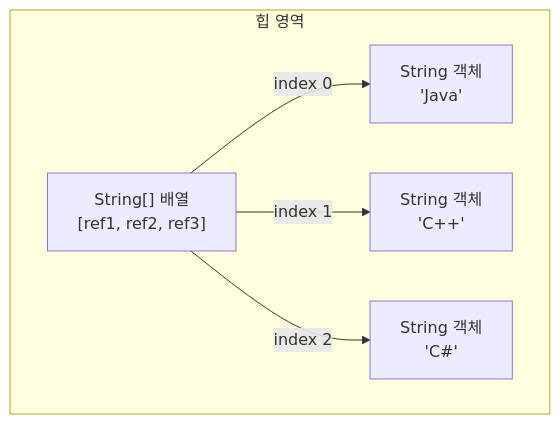
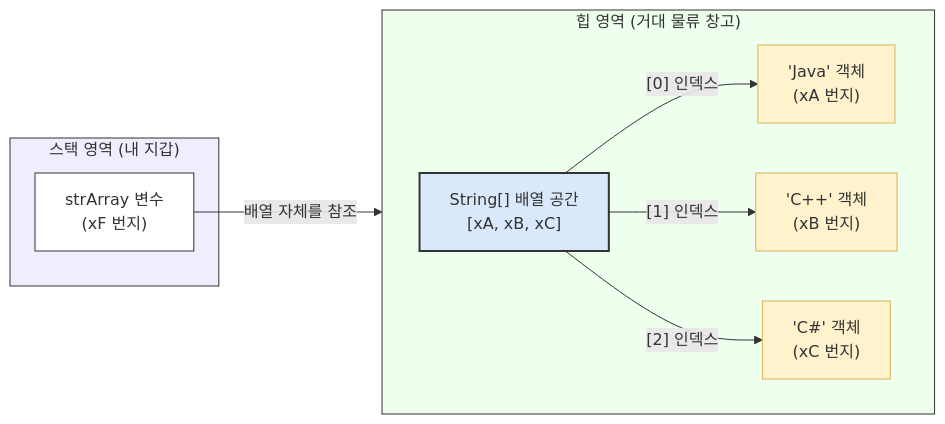
One commit to jinydev/java changed the diagram in src/basic/reference/object-array/index.md. Above: the diagram before and after it, drawn with Mermaid. The commit also changed other lines of this file and 140 other files, not shown here.

````diff
--- a/src/basic/reference/object-array/index.md
+++ b/src/basic/reference/object-array/index.md
@@ -24,12 +55,28 @@
 ```mermaid
-graph TD
-    subgraph Heap ["힙 영역"]
-        Array["String[] 배열<br/>[ref1, ref2, ref3]"]
-        Str1["String 객체<br/>'Java'"]
-        Str2["String 객체<br/>'C++'"]
-        Str3["String 객체<br/>'C#'"]
+graph LR
+    subgraph Stack ["스택 영역 (내 지갑)"]
+        ArrRef["strArray 변수<br/>(xF 번지)"]
     end
-    Array -- index 0 --> Str1
-    Array -- index 1 --> Str2
-    Array -- index 2 --> Str3
+    
+    subgraph Heap ["힙 영역 (거대 물류 창고)"]
+        direction LR
+        Arr["String[] 배열 공간<br/>[xA, xB, xC]"]
+        Obj1["'Java' 객체<br/>(xA 번지)"]
+        Obj2["'C++' 객체<br/>(xB 번지)"]
+        Obj3["'C#' 객체<br/>(xC 번지)"]
+        
+        Arr -- "[0] 인덱스" --> Obj1
+        Arr -- "[1] 인덱스" --> Obj2
+        Arr -- "[2] 인덱스" --> Obj3
+    end
+    
+    ArrRef -->|배열 자체를 참조| Arr
+    
+    style Stack fill:#eef,stroke:#333
+    style Heap fill:#efe,stroke:#333
+    style ArrRef fill:#fff,stroke:#333
+    style Arr fill:#dae8fc,stroke:#333,stroke-width:2px
+    style Obj1 fill:#fff2cc,stroke:#d6b656
+    style Obj2 fill:#fff2cc,stroke:#d6b656
+    style Obj3 fill:#fff2cc,stroke:#d6b656
 ```
````
